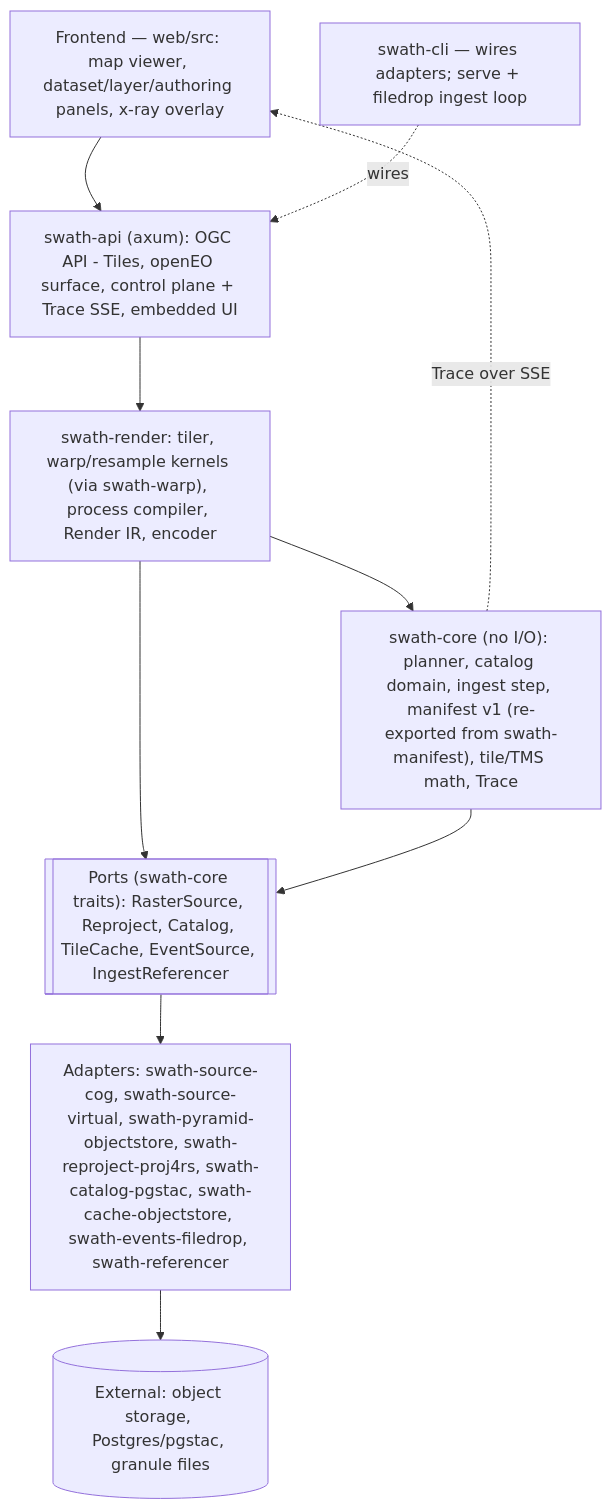
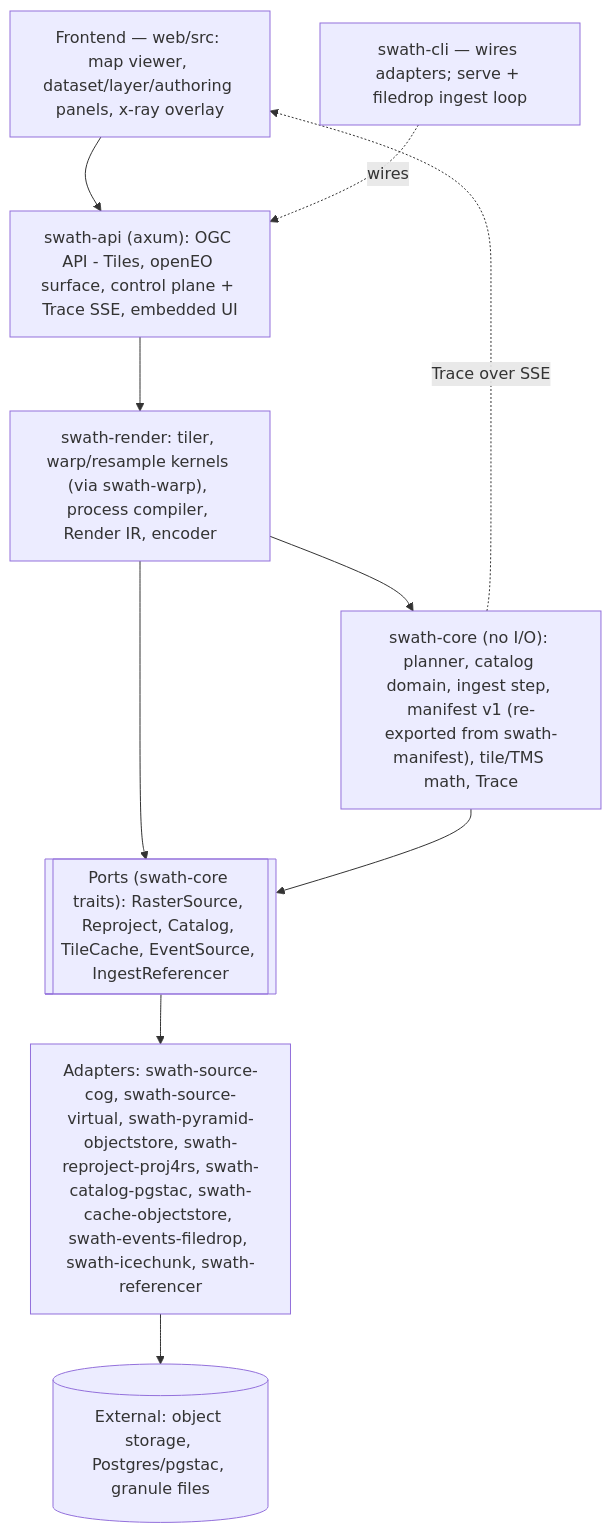
Before and after one commit to forgo/swath: the diagram in docs/ARCHITECTURE.md, drawn with Mermaid. The commit also changed other lines of this file and 11 other files, not shown here.

````diff
--- a/docs/ARCHITECTURE.md
+++ b/docs/ARCHITECTURE.md
@@ -44,17 +44,17 @@
 ```mermaid
 flowchart TB
   FE["Frontend — web/src: map viewer, dataset/layer/authoring panels, x-ray overlay"]
   IN["swath-api (axum): OGC API - Tiles, openEO surface, control plane + Trace SSE, embedded UI"]
   RENDER["swath-render: tiler, warp/resample kernels (via swath-warp), process compiler, Render IR, encoder"]
   CORE["swath-core (no I/O): planner, catalog domain, ingest step, manifest v1 (re-exported from swath-manifest), tile/TMS math, Trace"]
   PORTS[["Ports (swath-core traits): RasterSource, Reproject, Catalog, TileCache, EventSource, IngestReferencer"]]
-  ADS["Adapters: swath-source-cog, swath-source-virtual, swath-pyramid-objectstore, swath-reproject-proj4rs, swath-catalog-pgstac, swath-cache-objectstore, swath-events-filedrop, swath-referencer"]
+  ADS["Adapters: swath-source-cog, swath-source-virtual, swath-pyramid-objectstore, swath-reproject-proj4rs, swath-catalog-pgstac, swath-cache-objectstore, swath-events-filedrop, swath-icechunk, swath-referencer"]
   EXT[("External: object storage, Postgres/pgstac, granule files")]
   CLI["swath-cli — wires adapters; serve + filedrop ingest loop"]
 
   FE --> IN --> RENDER --> CORE
   RENDER --> PORTS
   CORE --> PORTS --> ADS --> EXT
   CLI -. wires .-> IN
   CORE -. Trace over SSE .-> FE
 ```
````
